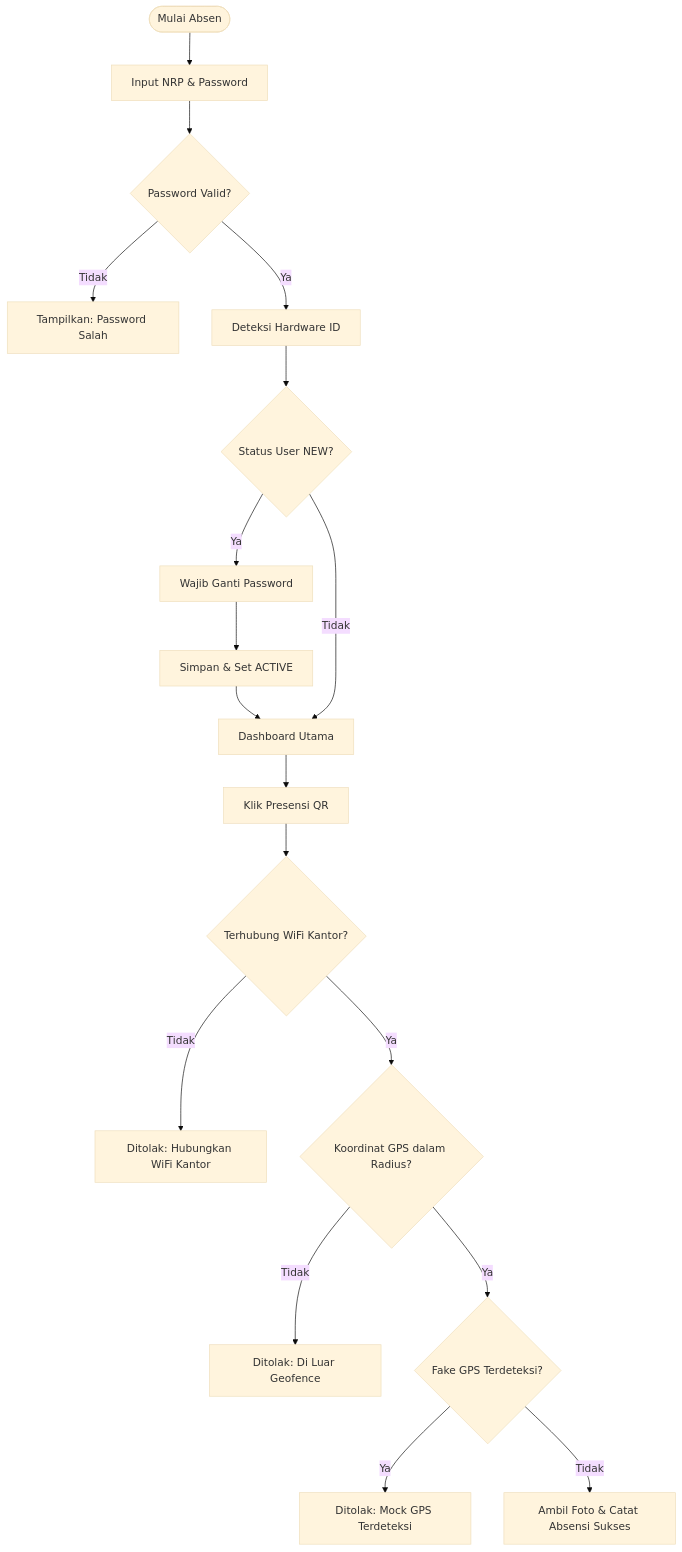
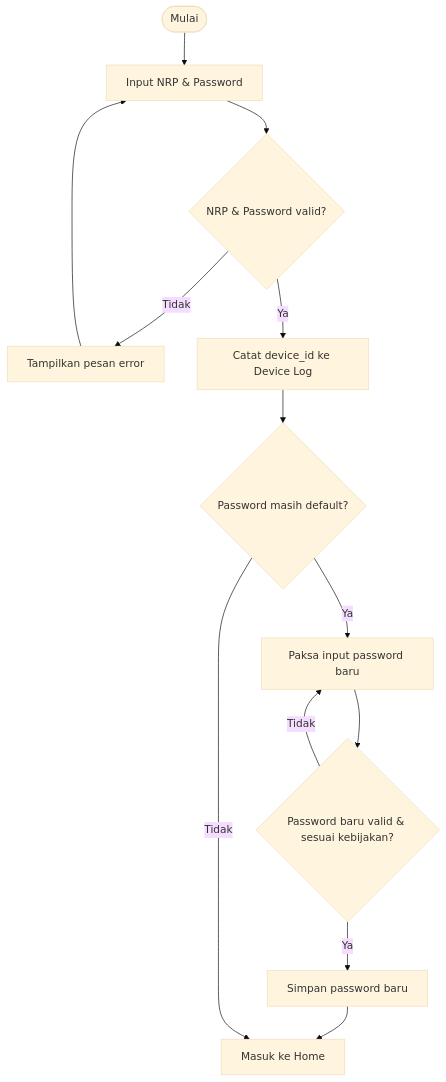
Before and after one commit to IntellQueue/Mockup-UI-UX-NAYAKA: the second of 10 diagrams in README.md, drawn with Mermaid (base theme). The commit also changed other lines of this file, not shown here.

Commit message:
update readme dengan flowchart update

````diff
--- a/README.md
+++ b/README.md
@@ -145,21 +147,15 @@
 ```mermaid
 graph TD
-    Start([Mulai Absen]) --> Login[Input NRP & Password]
-    Login --> ChkPass{Password Valid?}
-    ChkPass -- Tidak --> ErrPass[Tampilkan: Password Salah]
-    ChkPass -- Ya --> DevID[Deteksi Hardware ID]
-    DevID --> ChkStatus{Status User NEW?}
-    ChkStatus -- Ya --> ChangePass[Wajib Ganti Password]
-    ChangePass --> SavePass[Simpan & Set ACTIVE]
-    SavePass --> Dashboard
-    ChkStatus -- Tidak --> Dashboard[Dashboard Utama]
-    
-    Dashboard --> ClickPresensi[Klik Presensi QR]
-    ClickPresensi --> ChkWifi{Terhubung WiFi Kantor?}
-    ChkWifi -- Tidak --> BlockWifi[Ditolak: Hubungkan WiFi Kantor]
-    ChkWifi -- Ya --> ChkGPS{Koordinat GPS dalam Radius?}
-    ChkGPS -- Tidak --> BlockGPS[Ditolak: Di Luar Geofence]
-    ChkGPS -- Ya --> ChkMock{Fake GPS Terdeteksi?}
-    ChkMock -- Ya --> BlockMock[Ditolak: Mock GPS Terdeteksi]
-    ChkMock -- Tidak --> Success[Ambil Foto & Catat Absensi Sukses]
+    Start([Mulai]) --> Input[Input NRP & Password]
+    Input --> Valid{NRP & Password valid?}
+    Valid -- Tidak --> Err[Tampilkan pesan error]
+    Err --> Input
+    Valid -- Ya --> LogDevice[Catat device_id ke Device Log]
+    LogDevice --> Default{Password masih default?}
+    Default -- Ya --> ForceInput[Paksa input password baru]
+    ForceInput --> Policy{Password baru valid & sesuai kebijakan?}
+    Policy -- Tidak --> ForceInput
+    Policy -- Ya --> Save[Simpan password baru]
+    Save --> Home[Masuk ke Home]
+    Default -- Tidak --> Home
 ```
````
